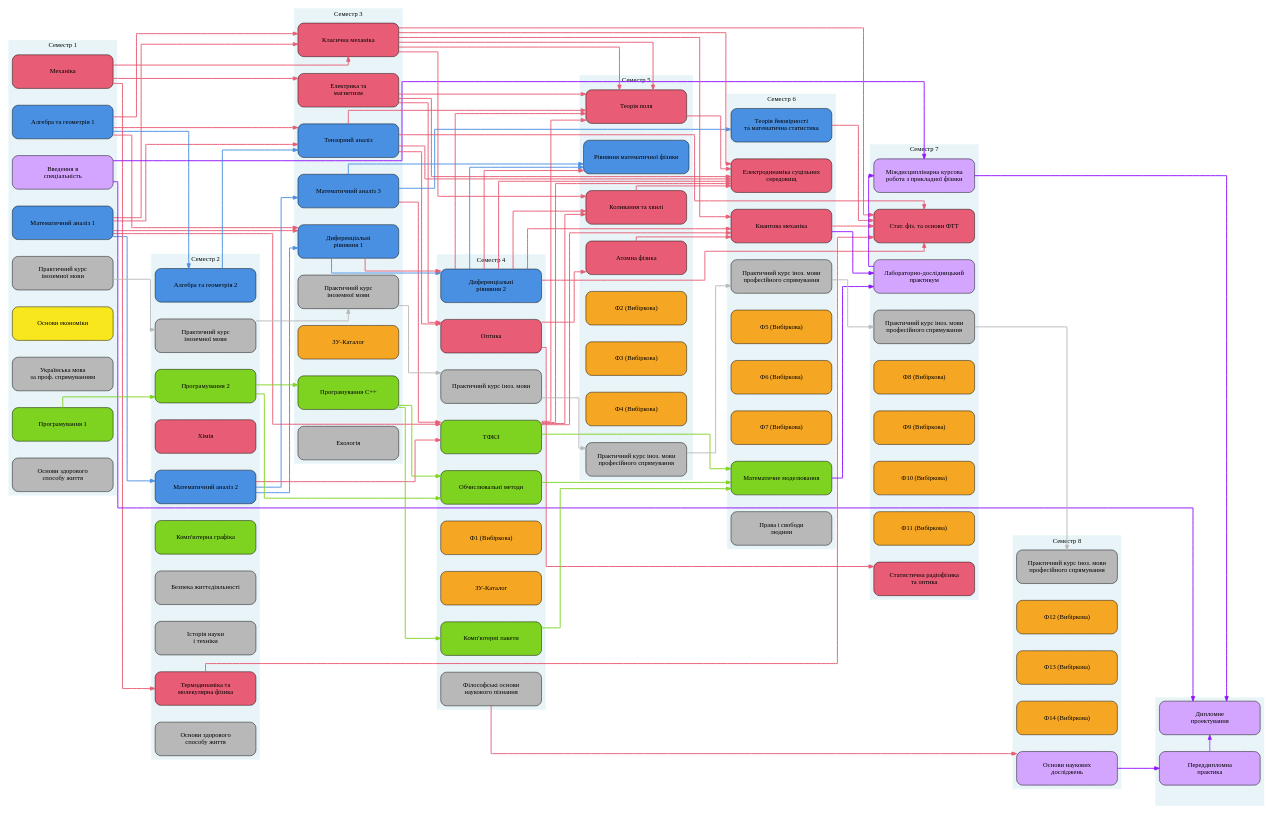
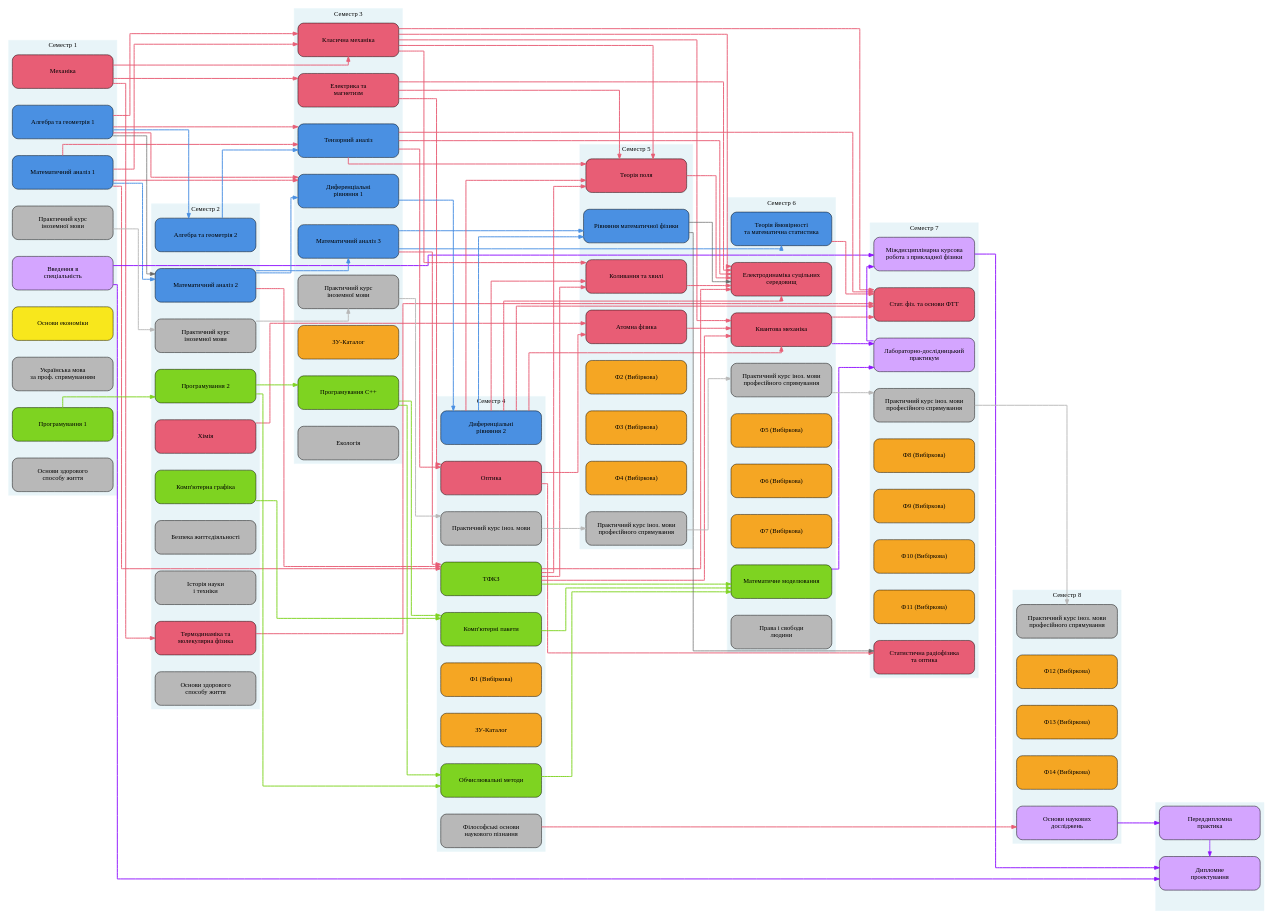
Before and after one commit to sergiokapone/matrix3: the diagram in Scheme/diagramm_bak_2024.gv, drawn with Graphviz. The commit also changed 18 other files, not shown here.

```diff
--- a/Scheme/diagramm_bak_2024.gv
+++ b/Scheme/diagramm_bak_2024.gv
@@ -141,88 +141,119 @@
         _dummy1 [label="", shape=point, width=0, height=0];
         S8_Diploma [label="Дипломне\nпроектування", fillcolor="#D4A5FF"];
     }
-    // ПРЕРЕКВІЗИТИ - Математика
-    S1_MatAn1 -> S2_MatAn2 [color="#4A90E2", penwidth=2];
-    S2_MatAn2 -> S3_MatAn3 [color="#4A90E2", penwidth=2];
-    S2_MatAn2 -> S3_DiffEq1 [color="#4A90E2", penwidth=2];
-    S3_MatAn3 -> S5_MathPhys3 [color="#4A90E2", penwidth=2];
-    S3_DiffEq1 -> S4_DiffEq2 [color="#4A90E2", penwidth=2];
-    S4_DiffEq2 -> S5_MathPhys3 [color="#4A90E2", penwidth=2];
-    S1_Alg1 -> S2_Alg2 [color="#4A90E2", penwidth=2];
-    S2_Alg2 -> S3_Tensor [color="#4A90E2", penwidth=2];
-    S3_MatAn3 -> S6_ProbStat [color="#4A90E2", penwidth=2];
-    // ПРЕРЕКВІЗИТИ - Фізика
-    S1_MatAn1 -> S3_ClassMech [color="#E85D75", penwidth=2];
-    S1_Alg1 -> S3_ClassMech [color="#E85D75", penwidth=2];
-    S1_MatAn1 -> S3_Tensor [color="#E85D75", penwidth=2];
-    S1_Alg1 -> S3_Tensor [color="#E85D75", penwidth=2];
-    S1_MatAn1 -> S3_DiffEq1 [color="#E85D75", penwidth=2];
-    S1_Alg1 -> S3_DiffEq1 [color="#E85D75", penwidth=2];
-    S3_DiffEq1 -> S4_DiffEq2 [color="#E85D75", penwidth=2];
-    S1_MatAn1 -> S4_TFKZ [color="#E85D75", penwidth=2];
-    S2_MatAn2 -> S4_TFKZ [color="#E85D75", penwidth=2];
-    S3_MatAn3 -> S4_TFKZ [color="#E85D75", penwidth=2];
-    S3_ClassMech -> S5_FieldTheory [color="#E85D75", penwidth=2];
-    S3_ClassMech -> S6_ESS [color="#E85D75", penwidth=2];
-    S3_ClassMech -> S5_OscWaves [color="#E85D75", penwidth=2];
-    S3_ClassMech -> S6_QMech [color="#E85D75", penwidth=2];
-    S3_ClassMech -> S7_StatPhys [color="#E85D75", penwidth=2];
-    S4_DiffEq2 -> S5_MathPhys3 [color="#E85D75", penwidth=2];
-    S4_DiffEq2 -> S5_FieldTheory [color="#E85D75", penwidth=2];
-    S4_DiffEq2 -> S6_ESS [color="#E85D75", penwidth=2];
-    S4_DiffEq2 -> S5_OscWaves [color="#E85D75", penwidth=2];
-    S4_DiffEq2 -> S6_QMech [color="#E85D75", penwidth=2];
-    S4_DiffEq2 -> S7_StatPhys [color="#E85D75", penwidth=2];
-    S3_Tensor -> S4_Optics [color="#E85D75", penwidth=2];
-    S3_Tensor -> S5_FieldTheory [color="#E85D75", penwidth=2];
-    S3_Tensor -> S6_ESS [color="#E85D75", penwidth=2];
-    S3_Tensor -> S7_StatPhys [color="#E85D75", penwidth=2];
-    S4_TFKZ -> S5_FieldTheory [color="#E85D75", penwidth=2];
-    S4_TFKZ -> S6_ESS [color="#E85D75", penwidth=2];
-    S4_TFKZ -> S5_OscWaves [color="#E85D75", penwidth=2];
-    S4_TFKZ -> S6_QMech [color="#E85D75", penwidth=2];
-    S1_Mech -> S2_Thermo [color="#E85D75", penwidth=2];
-    S1_Mech -> S3_ElMag [color="#E85D75", penwidth=2];
-    S1_Mech -> S3_ClassMech [color="#E85D75", penwidth=2];
-    S3_ClassMech -> S5_FieldTheory [color="#E85D75", penwidth=2];
-    S3_ElMag -> S4_Optics [color="#E85D75", penwidth=2];
-    S3_ElMag -> S5_FieldTheory [color="#E85D75", penwidth=2];
-    S3_ElMag -> S6_ESS [color="#E85D75", penwidth=2];
-    S4_Optics -> S5_Atomic [color="#E85D75", penwidth=2];
-    S4_Optics -> S7_StatRadio [color="#E85D75", penwidth=2];
-    S4_Philos -> S8_Research [color="#E85D75", penwidth=2];
-    S5_FieldTheory -> S6_ESS [color="#E85D75", penwidth=2];
-    S5_Atomic -> S6_QMech [color="#E85D75", penwidth=2];
-    S5_OscWaves -> S6_ESS [color="#E85D75", penwidth=2];
-    S6_QMech -> S7_StatPhys [color="#E85D75", penwidth=2];
-    S2_Thermo -> S7_StatPhys [color="#E85D75", penwidth=2];
-    S6_ProbStat -> S7_StatPhys [color="#E85D75", penwidth=2];
-    // ПРЕРЕКВІЗИТИ - Програмування та обчислення
-    S1_Prog -> S2_Prog [color="#7ED321", penwidth=2];
-    S2_Prog -> S3_cpp [color="#7ED321", penwidth=2];
-    S3_cpp -> S4_CompSoft [color="#7ED321", penwidth=2];
-    S3_cpp -> S4_CompMeth [color="#7ED321", penwidth=2];
-    S2_Prog -> S4_CompMeth [color="#7ED321", penwidth=2];
-    S4_CompMeth -> S6_MathModel [color="#7ED321", penwidth=2];
-    S4_CompSoft -> S6_MathModel [color="#7ED321", penwidth=2];
-    S4_TFKZ -> S6_MathModel [color="#7ED321", penwidth=2];
-    // ПРЕРЕКВІЗИТИ - Іноземна мова (послідовність)
-    S1_EngPract -> S2_EngPract [color="#B8B8B8", penwidth=2];
-    S2_EngPract -> S3_EngPract [color="#B8B8B8", penwidth=2];
-    S3_EngPract -> S4_EngPract [color="#B8B8B8", penwidth=2];
-    S4_EngPract -> S5_EngProf [color="#B8B8B8", penwidth=2];
-    S5_EngProf -> S6_EngProf [color="#B8B8B8", penwidth=2];
-    S6_EngProf -> S7_EngProf [color="#B8B8B8", penwidth=2];
-    S7_EngProf -> S8_EngProf [color="#B8B8B8", penwidth=2];
-    // ПРЕРЕКВІЗИТИ - Практика та дослідження
-    S1_Intro -> S7_Course [color="#9013FE", penwidth=2];
-    S1_Intro -> S8_Diploma [color="#9013FE", penwidth=2];
-    S6_MathModel -> S7_Lab [color="#9013FE", penwidth=2];
-    S6_QMech -> S7_Lab [color="#9013FE", penwidth=2];
-    S7_Lab -> S7_Course [color="#9013FE", penwidth=2];
-    // S7_Course -> S8_Research [color="#9013FE", penwidth=2];
-    S7_Course -> S8_Diploma [color="#9013FE", penwidth=2];
-    S8_Research -> S8_Practice [color="#9013FE", penwidth=2];
-    // S6_Rights -> S8_Diploma [color="#9013FE", weight=1000, constraint="true"];
-    S8_Practice -> S8_Diploma [color="#9013FE", weight=1000, constraint="true"];
+ // ПРЕРЕКВІЗИТИ — Математика
+S1_Alg1     -> S2_Alg2        [color="#4A90E2", penwidth=2];
+S1_Alg1     -> S3_DiffEq1     [color="#E85D75", penwidth=2];
+S1_Alg1     -> S3_Tensor      [color="#E85D75", penwidth=2];
+S1_Alg1     -> S2_MatAn2;
+
+S1_MatAn1   -> S2_MatAn2      [color="#4A90E2", penwidth=2];
+S1_MatAn1   -> S3_DiffEq1     [color="#E85D75", penwidth=2];
+S1_MatAn1   -> S3_Tensor      [color="#E85D75", penwidth=2];
+S1_MatAn1   -> S4_TFKZ        [color="#E85D75", penwidth=2];
+
+S2_Alg2     -> S3_Tensor      [color="#4A90E2", penwidth=2];
+
+S2_MatAn2   -> S3_DiffEq1     [color="#4A90E2", penwidth=2];
+S2_MatAn2   -> S3_MatAn3      [color="#4A90E2", penwidth=2];
+S2_MatAn2   -> S4_TFKZ        [color="#E85D75", penwidth=2];
+
+S3_DiffEq1  -> S4_DiffEq2     [color="#4A90E2", penwidth=2];
+
+S3_MatAn3   -> S4_TFKZ        [color="#E85D75", penwidth=2];
+S3_MatAn3   -> S5_MathPhys3  [color="#4A90E2", penwidth=2];
+S3_MatAn3   -> S6_ProbStat   [color="#4A90E2", penwidth=2];
+
+S4_DiffEq2  -> S5_MathPhys3  [color="#4A90E2", penwidth=2];
+
+
+// ПРЕРЕКВІЗИТИ — Фізика
+S1_Alg1     -> S3_ClassMech   [color="#E85D75", penwidth=2];
+S1_MatAn1   -> S3_ClassMech   [color="#E85D75", penwidth=2];
+
+S1_Mech     -> S2_Thermo      [color="#E85D75", penwidth=2];
+S1_Mech     -> S3_ClassMech   [color="#E85D75", penwidth=2];
+S1_Mech     -> S3_ElMag       [color="#E85D75", penwidth=2];
+
+S2_Chem     -> S5_Atomic      [color="#E85D75", penwidth=2];
+
+S3_ClassMech -> S5_FieldTheory [color="#E85D75", penwidth=2];
+S3_ClassMech -> S5_OscWaves   [color="#E85D75", penwidth=2];
+S3_ClassMech -> S6_ESS        [color="#E85D75", penwidth=2];
+S3_ClassMech -> S6_QMech      [color="#E85D75", penwidth=2];
+S3_ClassMech -> S7_StatPhys   [color="#E85D75", penwidth=2];
+
+S3_ElMag    -> S4_Optics      [color="#E85D75", penwidth=2];
+S3_ElMag    -> S5_FieldTheory [color="#E85D75", penwidth=2];
+S3_ElMag    -> S6_ESS         [color="#E85D75", penwidth=2];
+
+S3_Tensor   -> S4_Optics      [color="#E85D75", penwidth=2];
+S3_Tensor   -> S5_FieldTheory [color="#E85D75", penwidth=2];
+S3_Tensor   -> S6_ESS         [color="#E85D75", penwidth=2];
+S3_Tensor   -> S7_StatPhys    [color="#E85D75", penwidth=2];
+
+S4_DiffEq2  -> S5_FieldTheory [color="#E85D75", penwidth=2];
+S4_DiffEq2  -> S5_OscWaves    [color="#E85D75", penwidth=2];
+S4_DiffEq2  -> S6_ESS         [color="#E85D75", penwidth=2];
+S4_DiffEq2  -> S6_QMech       [color="#E85D75", penwidth=2];
+S4_DiffEq2  -> S7_StatPhys    [color="#E85D75", penwidth=2];
+
+S4_Optics   -> S5_Atomic      [color="#E85D75", penwidth=2];
+S4_Optics   -> S7_StatRadio   [color="#E85D75", penwidth=2];
+
+S4_TFKZ     -> S5_FieldTheory [color="#E85D75", penwidth=2];
+S4_TFKZ     -> S5_OscWaves    [color="#E85D75", penwidth=2];
+S4_TFKZ     -> S6_ESS         [color="#E85D75", penwidth=2];
+S4_TFKZ     -> S6_QMech       [color="#E85D75", penwidth=2];
+
+S5_MathPhys3 -> S6_ESS;
+S5_MathPhys3 -> S7_StatRadio;
+S5_Atomic   -> S6_QMech       [color="#E85D75", penwidth=2];
+S5_FieldTheory -> S6_ESS      [color="#E85D75", penwidth=2];
+S5_OscWaves -> S6_ESS         [color="#E85D75", penwidth=2];
+
+S2_Thermo   -> S7_StatPhys    [color="#E85D75", penwidth=2];
+S6_QMech    -> S7_StatPhys    [color="#E85D75", penwidth=2];
+
+
+// ПРЕРЕКВІЗИТИ — Математика в фізику
+S6_ProbStat -> S7_StatPhys    [color="#E85D75", penwidth=2];
+
+
+// ПРЕРЕКВІЗИТИ — Програмування та обчислення
+S2_Graph    -> S4_CompSoft    [color="#7ED321", penwidth=2];
+S1_Prog     -> S2_Prog        [color="#7ED321", penwidth=2];
+S2_Prog     -> S3_cpp         [color="#7ED321", penwidth=2];
+S2_Prog     -> S4_CompMeth    [color="#7ED321", penwidth=2];
+S3_cpp      -> S4_CompMeth    [color="#7ED321", penwidth=2];
+S3_cpp      -> S4_CompSoft    [color="#7ED321", penwidth=2];
+S4_CompMeth -> S6_MathModel   [color="#7ED321", penwidth=2];
+S4_CompSoft -> S6_MathModel   [color="#7ED321", penwidth=2];
+S4_TFKZ     -> S6_MathModel   [color="#7ED321", penwidth=2];
+
+
+// ПРЕРЕКВІЗИТИ — Іноземна мова
+S1_EngPract -> S2_EngPract    [color="#B8B8B8", penwidth=2];
+S2_EngPract -> S3_EngPract    [color="#B8B8B8", penwidth=2];
+S3_EngPract -> S4_EngPract    [color="#B8B8B8", penwidth=2];
+S4_EngPract -> S5_EngProf     [color="#B8B8B8", penwidth=2];
+S5_EngProf  -> S6_EngProf     [color="#B8B8B8", penwidth=2];
+S6_EngProf  -> S7_EngProf     [color="#B8B8B8", penwidth=2];
+S7_EngProf  -> S8_EngProf     [color="#B8B8B8", penwidth=2];
+
+
+// ПРЕРЕКВІЗИТИ — Практика та дослідження
+S1_Intro    -> S7_Course      [color="#9013FE", penwidth=2];
+S1_Intro    -> S8_Diploma     [color="#9013FE", penwidth=2];
+
+S6_MathModel -> S7_Lab        [color="#9013FE", penwidth=2];
+S6_QMech    -> S7_Lab         [color="#9013FE", penwidth=2];
+S7_Lab      -> S7_Course      [color="#9013FE", penwidth=2];
+S7_Course   -> S8_Diploma     [color="#9013FE", penwidth=2];
+
+S8_Research -> S8_Practice    [color="#9013FE", penwidth=2];
+S8_Practice -> S8_Diploma     [color="#9013FE", weight=1000, constraint="true"];
+
+S4_Philos   -> S8_Research    [color="#E85D75", penwidth=2];
+
 }
```
